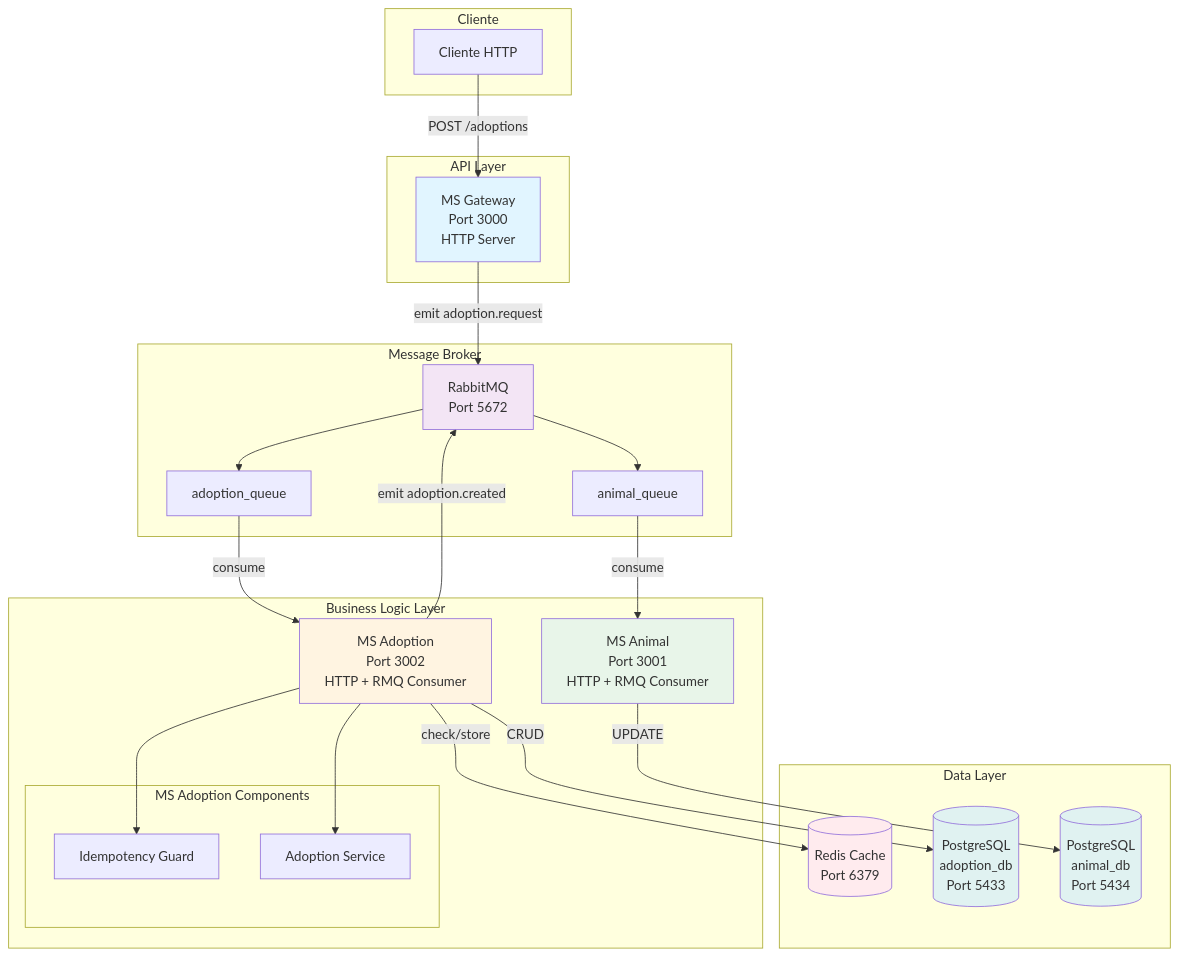
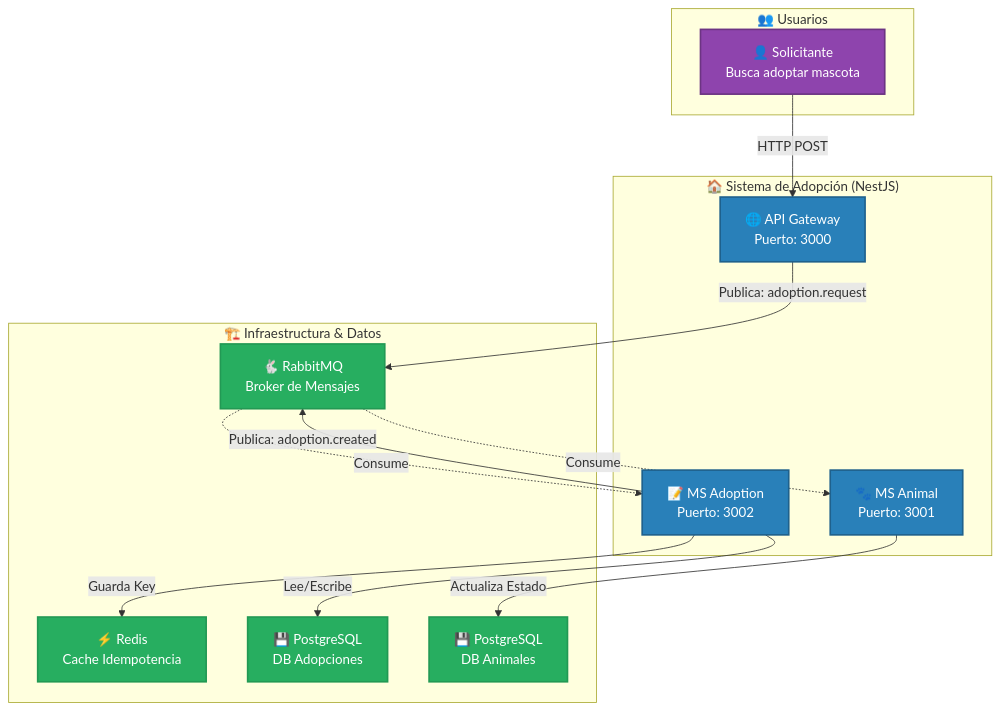
Before and after one commit to justinz12xd/practicaweb-resilencia: the diagram in README.md, drawn with Mermaid. The commit also changed other lines of this file, not shown here.

````diff
--- a/README.md
+++ b/README.md
@@ -78,54 +5,52 @@
 ```mermaid
-graph TB
-    subgraph "Cliente"
-        Client[Cliente HTTP]
+graph TD
+    %% --- GRUPO 1: USUARIOS ---
+    subgraph USERS ["👥 Usuarios"]
+        U1["👤 Solicitante<br/>Busca adoptar mascota"]
     end
 
-    subgraph "API Layer"
-        GW[MS Gateway<br/>Port 3000<br/>HTTP Server]
+    %% --- GRUPO 2: SISTEMA INTERNO (Microservicios) ---
+    subgraph SYSTEM ["🏠 Sistema de Adopción (NestJS)"]
+        GW["🌐 API Gateway<br/>Puerto: 3000"]
+        MS_ADOP["📝 MS Adoption<br/>Puerto: 3002"]
+        MS_ANI["🐾 MS Animal<br/>Puerto: 3001"]
     end
 
-    subgraph "Message Broker"
-        RMQ[RabbitMQ<br/>Port 5672]
-        Q1[adoption_queue]
-        Q2[animal_queue]
-        RMQ --> Q1
-        RMQ --> Q2
+    %% --- GRUPO 3: INFRAESTRUCTURA EXTERNA ---
+    subgraph INFRA ["🏗️ Infraestructura & Datos"]
+        RABBIT["🐇 RabbitMQ<br/>Broker de Mensajes"]
+        REDIS["⚡ Redis<br/>Cache Idempotencia"]
+        DB_ADOP["💾 PostgreSQL<br/>DB Adopciones"]
+        DB_ANI["💾 PostgreSQL<br/>DB Animales"]
     end
 
-    subgraph "Business Logic Layer"
-        MSA[MS Adoption<br/>Port 3002<br/>HTTP + RMQ Consumer]
-        MSAn[MS Animal<br/>Port 3001<br/>HTTP + RMQ Consumer]
-        
-        subgraph "MS Adoption Components"
-            IG[Idempotency Guard]
-            AS[Adoption Service]
-        end
-        
-        MSA --> IG
-        MSA --> AS
-    end
+    %% --- RELACIONES ---
+    
+    %% Flujo del Usuario
+    U1 -- "HTTP POST" --> GW
 
-    subgraph "Data Layer"
-        Redis[(Redis Cache<br/>Port 6379)]
-        PGA[(PostgreSQL<br/>adoption_db<br/>Port 5433)]
-        PGN[(PostgreSQL<br/>animal_db<br/>Port 5434)]
-    end
+    %% Flujo del Gateway a la Cola
+    GW -- "Publica: adoption.request" --> RABBIT
 
-    Client -->|POST /adoptions| GW
-    GW -->|emit adoption.request| RMQ
-    Q1 -->|consume| MSA
-    MSA -->|check/store| Redis
-    MSA -->|CRUD| PGA
-    MSA -->|emit adoption.created| RMQ
-    Q2 -->|consume| MSAn
-    MSAn -->|UPDATE| PGN
+    %% Consumo de Mensajes (Async)
+    RABBIT -.->|Consume| MS_ADOP
+    RABBIT -.->|Consume| MS_ANI
 
-    style GW fill:#e1f5ff
-    style MSA fill:#fff4e1
-    style MSAn fill:#e8f5e9
-    style RMQ fill:#f3e5f5
-    style Redis fill:#ffebee
-    style PGA fill:#e0f2f1
-    style PGN fill:#e0f2f1
+    %% Persistencia MS Adoption
+    MS_ADOP -->|Lee/Escribe| DB_ADOP
+    MS_ADOP -->|Guarda Key| REDIS
+    MS_ADOP -- "Publica: adoption.created" --> RABBIT
+
+    %% Persistencia MS Animal
+    MS_ANI -->|Actualiza Estado| DB_ANI
+
+    %% --- ESTILOS ---
+    classDef userStyle fill:#8e44ad,stroke:#6c3483,stroke-width:2px,color:#fff
+    classDef systemStyle fill:#2980b9,stroke:#1f618d,stroke-width:2px,color:#fff
+    classDef infraStyle fill:#27ae60,stroke:#229954,stroke-width:2px,color:#fff
+
+    %% Asignación de estilos
+    class U1 userStyle
+    class GW,MS_ADOP,MS_ANI systemStyle
+    class RABBIT,REDIS,DB_ADOP,DB_ANI infraStyle
 ```
````
